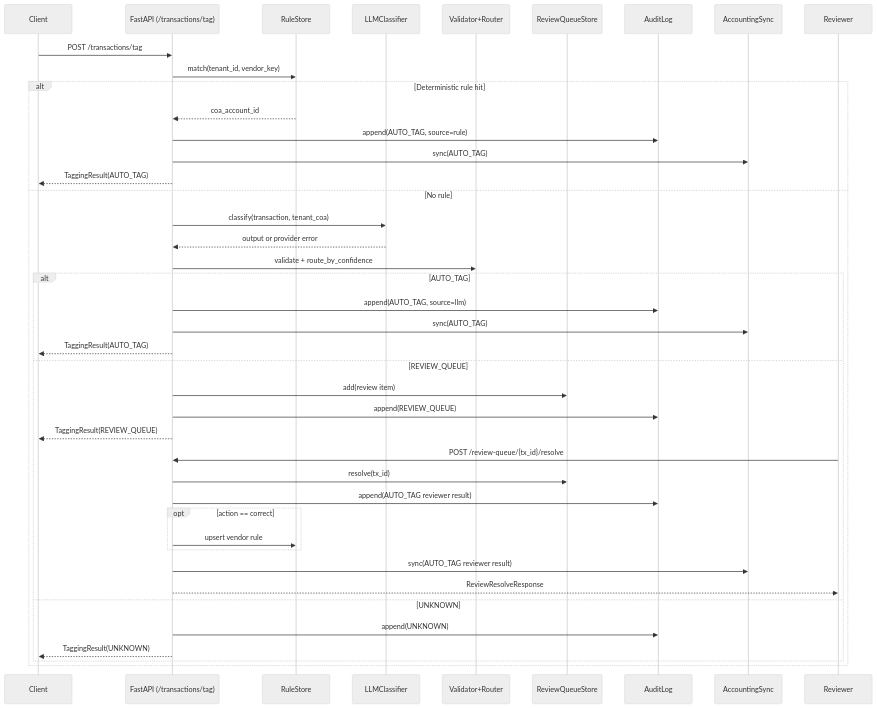
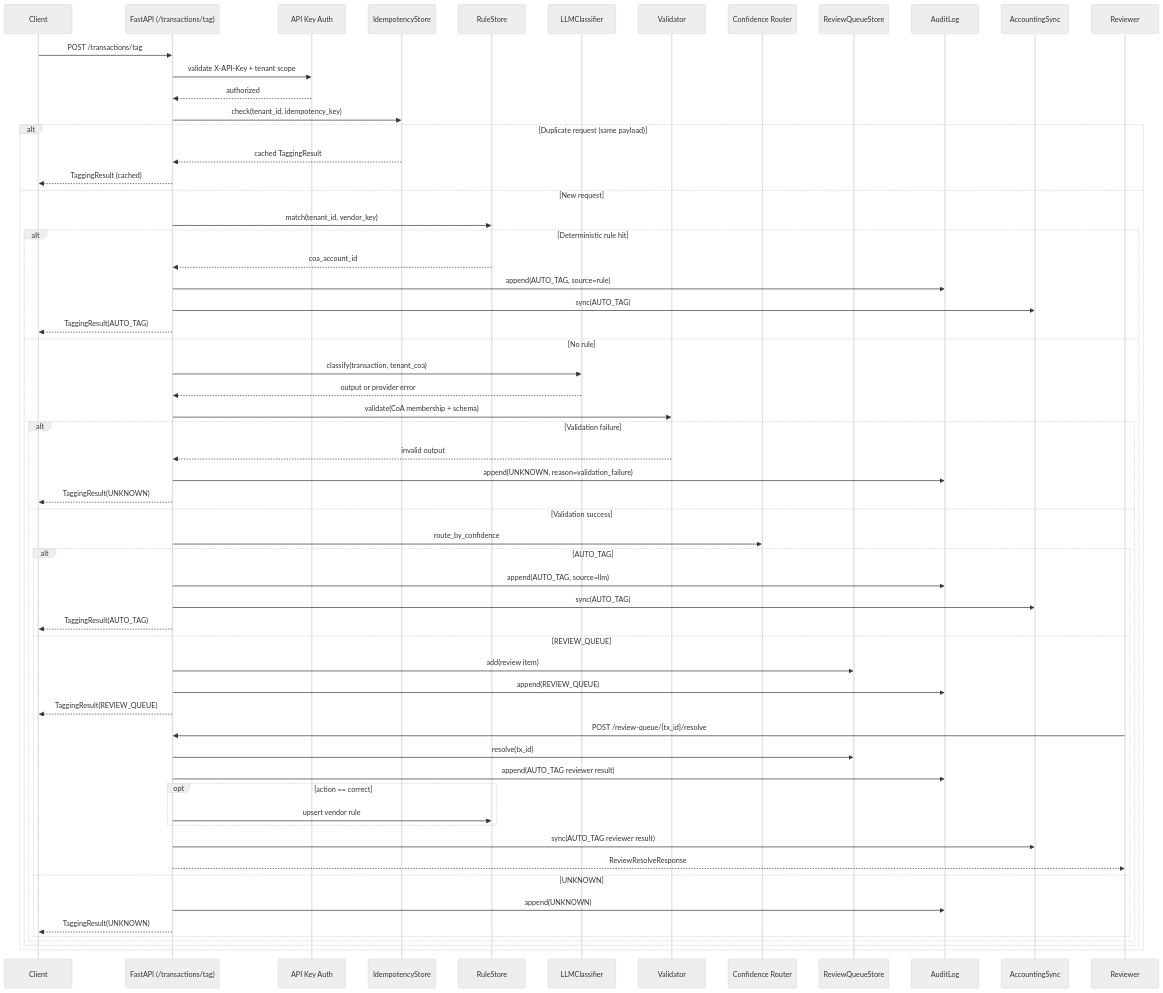
The second of 4 diagrams in ARCHITECTURE.md (tamil2223/auto-tagging-agent), drawn with Mermaid (neutral theme) before and after one commit. The commit also changed other lines of this file and 2 other files, not shown here.

Commit message:
docs(architecture): align MVP diagrams and add production target flows

````diff
--- a/ARCHITECTURE.md
+++ b/ARCHITECTURE.md
@@ -69,45 +74,63 @@
 ```mermaid
 sequenceDiagram
     participant Client
     participant API as FastAPI (/transactions/tag)
+    participant Auth as API Key Auth
+    participant Idem as IdempotencyStore
     participant Rule as RuleStore
     participant LLM as LLMClassifier
-    participant Val as Validator+Router
+    participant Val as Validator
+    participant Router as Confidence Router
     participant RQ as ReviewQueueStore
     participant Audit as AuditLog
     participant Sync as AccountingSync
     participant Reviewer
 
     Client->>API: POST /transactions/tag
-    API->>Rule: match(tenant_id, vendor_key)
-    alt Deterministic rule hit
-        Rule-->>API: coa_account_id
-        API->>Audit: append(AUTO_TAG, source=rule)
-        API->>Sync: sync(AUTO_TAG)
-        API-->>Client: TaggingResult(AUTO_TAG)
-    else No rule
-        API->>LLM: classify(transaction, tenant_coa)
-        LLM-->>API: output or provider error
-        API->>Val: validate + route_by_confidence
-        alt AUTO_TAG
-            API->>Audit: append(AUTO_TAG, source=llm)
+    API->>Auth: validate X-API-Key + tenant scope
+    Auth-->>API: authorized
+    API->>Idem: check(tenant_id, idempotency_key)
+    alt Duplicate request (same payload)
+        Idem-->>API: cached TaggingResult
+        API-->>Client: TaggingResult (cached)
+    else New request
+        API->>Rule: match(tenant_id, vendor_key)
+        alt Deterministic rule hit
+            Rule-->>API: coa_account_id
+            API->>Audit: append(AUTO_TAG, source=rule)
             API->>Sync: sync(AUTO_TAG)
             API-->>Client: TaggingResult(AUTO_TAG)
-        else REVIEW_QUEUE
-            API->>RQ: add(review item)
-            API->>Audit: append(REVIEW_QUEUE)
-            API-->>Client: TaggingResult(REVIEW_QUEUE)
-            Reviewer->>API: POST /review-queue/{tx_id}/resolve
-            API->>RQ: resolve(tx_id)
-            API->>Audit: append(AUTO_TAG reviewer result)
-            opt action == correct
-                API->>Rule: upsert vendor rule
+        else No rule
+            API->>LLM: classify(transaction, tenant_coa)
+            LLM-->>API: output or provider error
+            API->>Val: validate(CoA membership + schema)
+            alt Validation failure
+                Val-->>API: invalid output
+                API->>Audit: append(UNKNOWN, reason=validation_failure)
+                API-->>Client: TaggingResult(UNKNOWN)
+            else Validation success
+                API->>Router: route_by_confidence
+                alt AUTO_TAG
+                    API->>Audit: append(AUTO_TAG, source=llm)
+                    API->>Sync: sync(AUTO_TAG)
+                    API-->>Client: TaggingResult(AUTO_TAG)
+                else REVIEW_QUEUE
+                    API->>RQ: add(review item)
+                    API->>Audit: append(REVIEW_QUEUE)
+                    API-->>Client: TaggingResult(REVIEW_QUEUE)
+                    Reviewer->>API: POST /review-queue/{tx_id}/resolve
+                    API->>RQ: resolve(tx_id)
+                    API->>Audit: append(AUTO_TAG reviewer result)
+                    opt action == correct
+                        API->>Rule: upsert vendor rule
+                    end
+                    API->>Sync: sync(AUTO_TAG reviewer result)
+                    API-->>Reviewer: ReviewResolveResponse
+                else UNKNOWN
+                    API->>Audit: append(UNKNOWN)
+                    API-->>Client: TaggingResult(UNKNOWN)
+                end
             end
-            API->>Sync: sync(AUTO_TAG reviewer result)
-            API-->>Reviewer: ReviewResolveResponse
-        else UNKNOWN
-            API->>Audit: append(UNKNOWN)
-            API-->>Client: TaggingResult(UNKNOWN)
         end
     end
 ```
````
